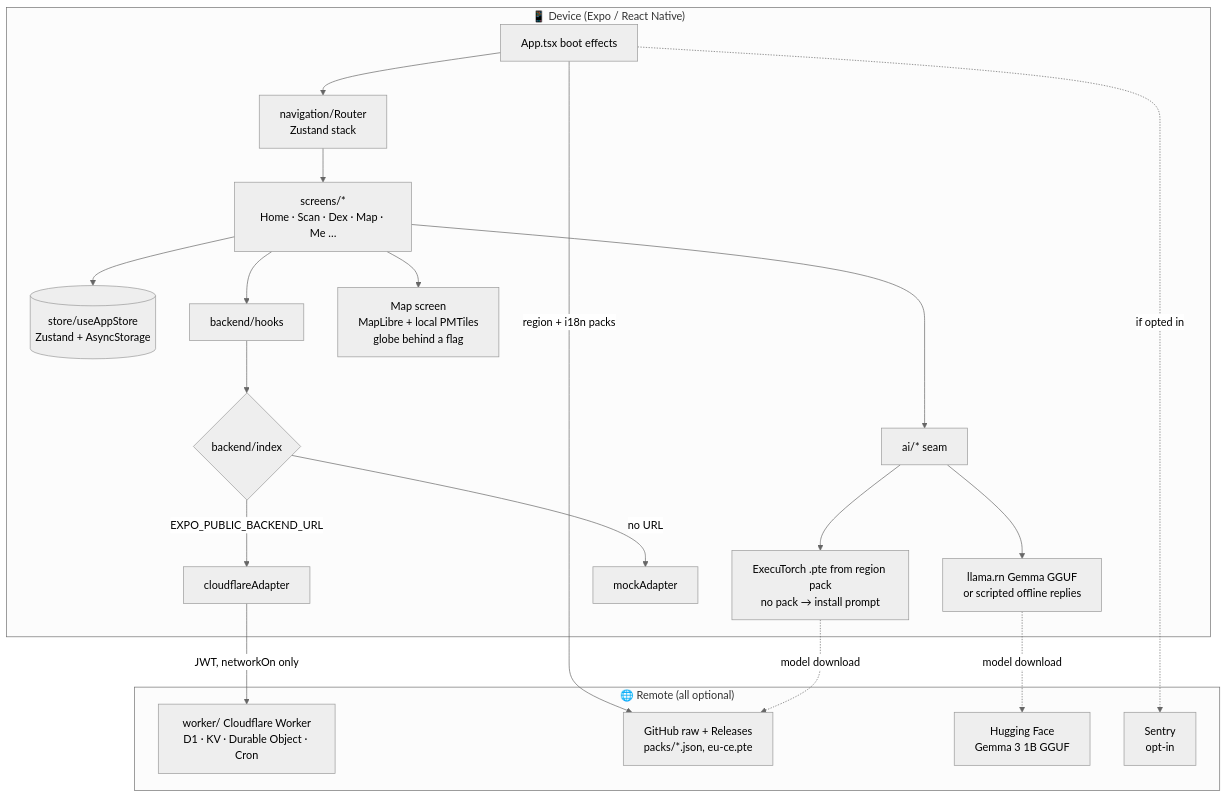
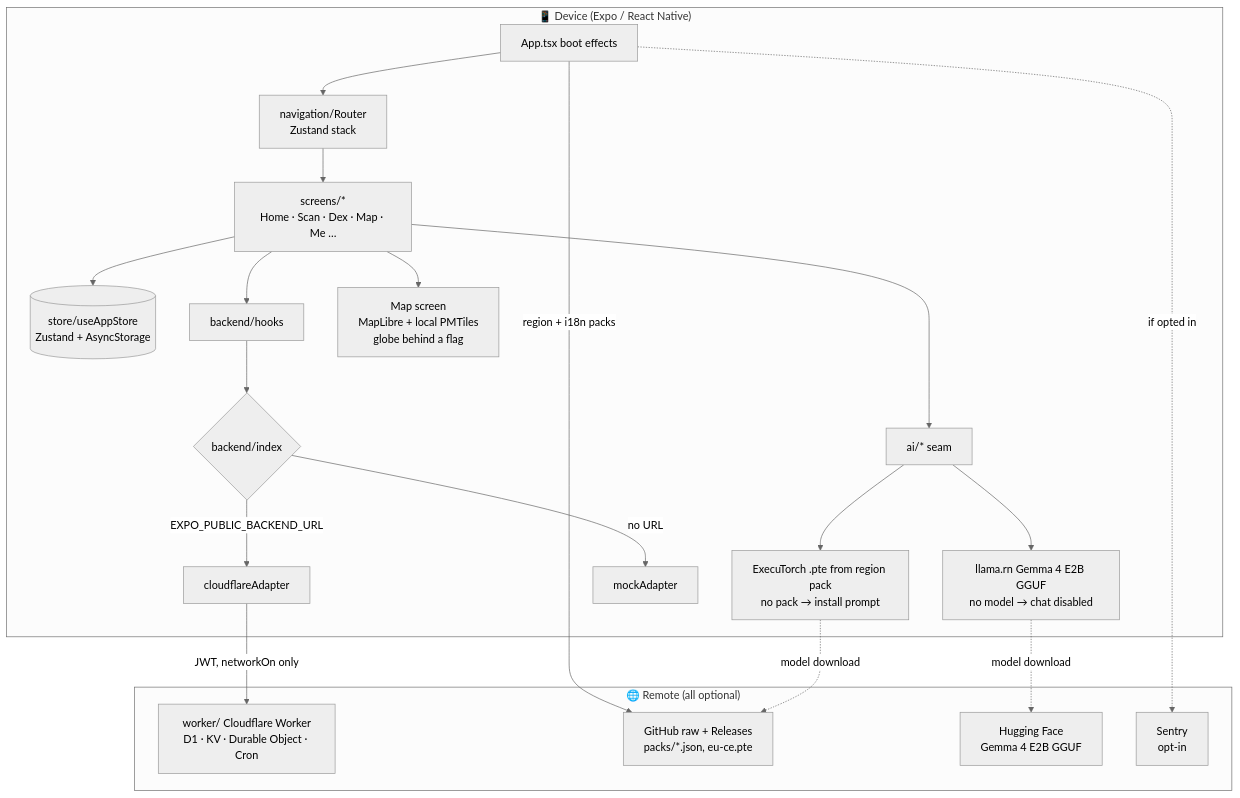
Before and after one commit to krzysztofradomski/critterboard: the diagram in docs/architecture.md, drawn with Mermaid (neutral theme). The commit also changed other lines of this file and 27 other files, not shown here.

First line of the commit message:
Chat: Gemma 4 E2B only; disabled until the model is installed

````diff
--- a/docs/architecture.md
+++ b/docs/architecture.md
@@ -11,29 +11,29 @@
 ```mermaid
 flowchart TB
   subgraph Device["📱 Device (Expo / React Native)"]
     App[App.tsx boot effects] --> Router[navigation/Router<br/>Zustand stack]
     Router --> Screens[screens/*<br/>Home · Scan · Dex · Map · Me …]
     Screens --> Store[(store/useAppStore<br/>Zustand + AsyncStorage)]
     Screens --> AI[ai/* seam]
     Screens --> Hooks[backend/hooks]
     AI --> Vision[ExecuTorch .pte from region pack<br/>no pack → install prompt]
-    AI --> Chat[llama.rn Gemma GGUF<br/>or scripted offline replies]
+    AI --> Chat[llama.rn Gemma 4 E2B GGUF<br/>no model → chat disabled]
     Hooks --> Adapter{backend/index}
     Adapter -->|no URL| Mock[mockAdapter]
     Adapter -->|EXPO_PUBLIC_BACKEND_URL| CF[cloudflareAdapter]
     Screens --> Map[Map screen<br/>MapLibre + local PMTiles<br/>globe behind a flag]
   end
 
   subgraph Remote["🌐 Remote (all optional)"]
     Worker[worker/ Cloudflare Worker<br/>D1 · KV · Durable Object · Cron]
     GH[GitHub raw + Releases<br/>packs/*.json, eu-ce.pte]
-    HF[Hugging Face<br/>Gemma 3 1B GGUF]
+    HF[Hugging Face<br/>Gemma 4 E2B GGUF]
     Sentry[Sentry<br/>opt-in]
   end
 
   CF -->|JWT, networkOn only| Worker
   App -->|region + i18n packs| GH
   Vision -. model download .-> GH
   Chat -. model download .-> HF
   App -. if opted in .-> Sentry
 ```
````
